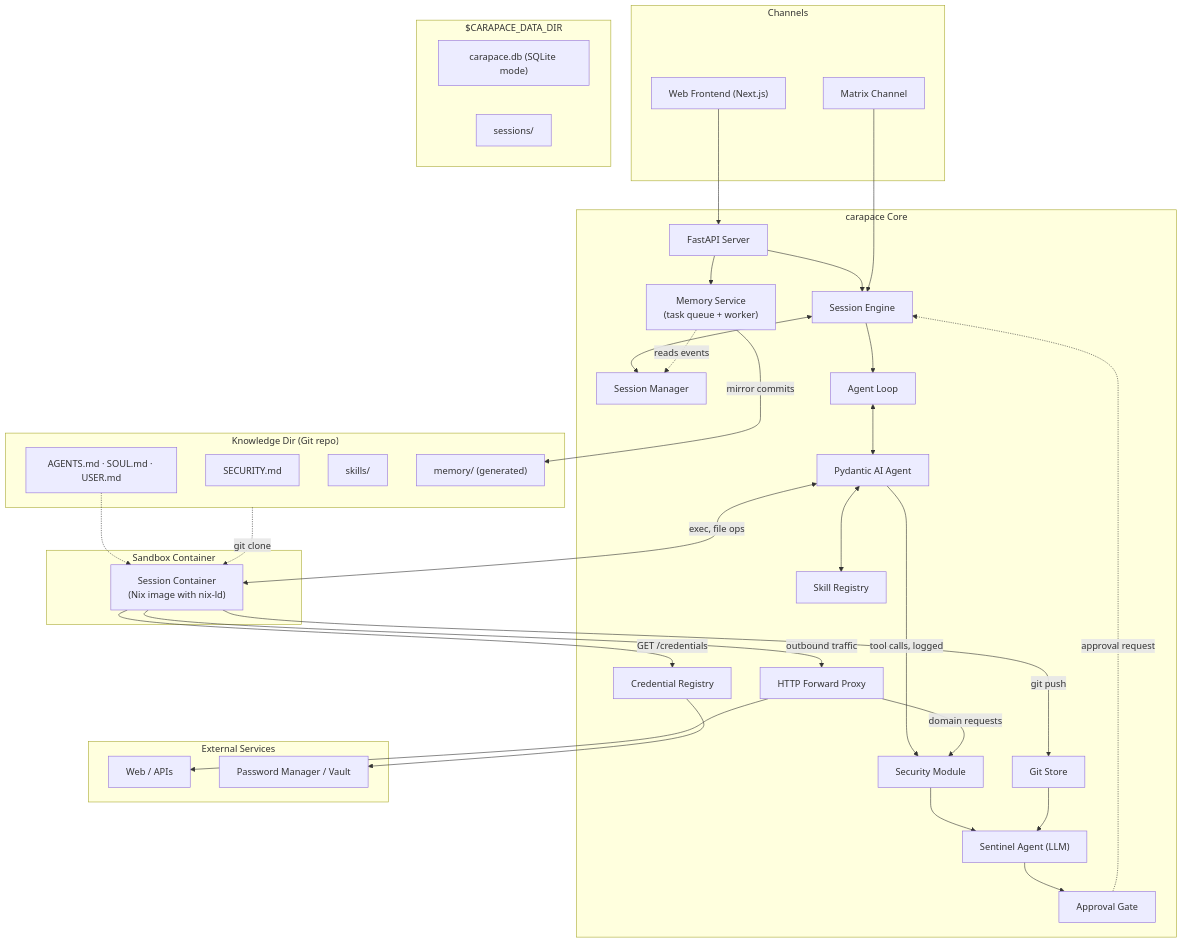
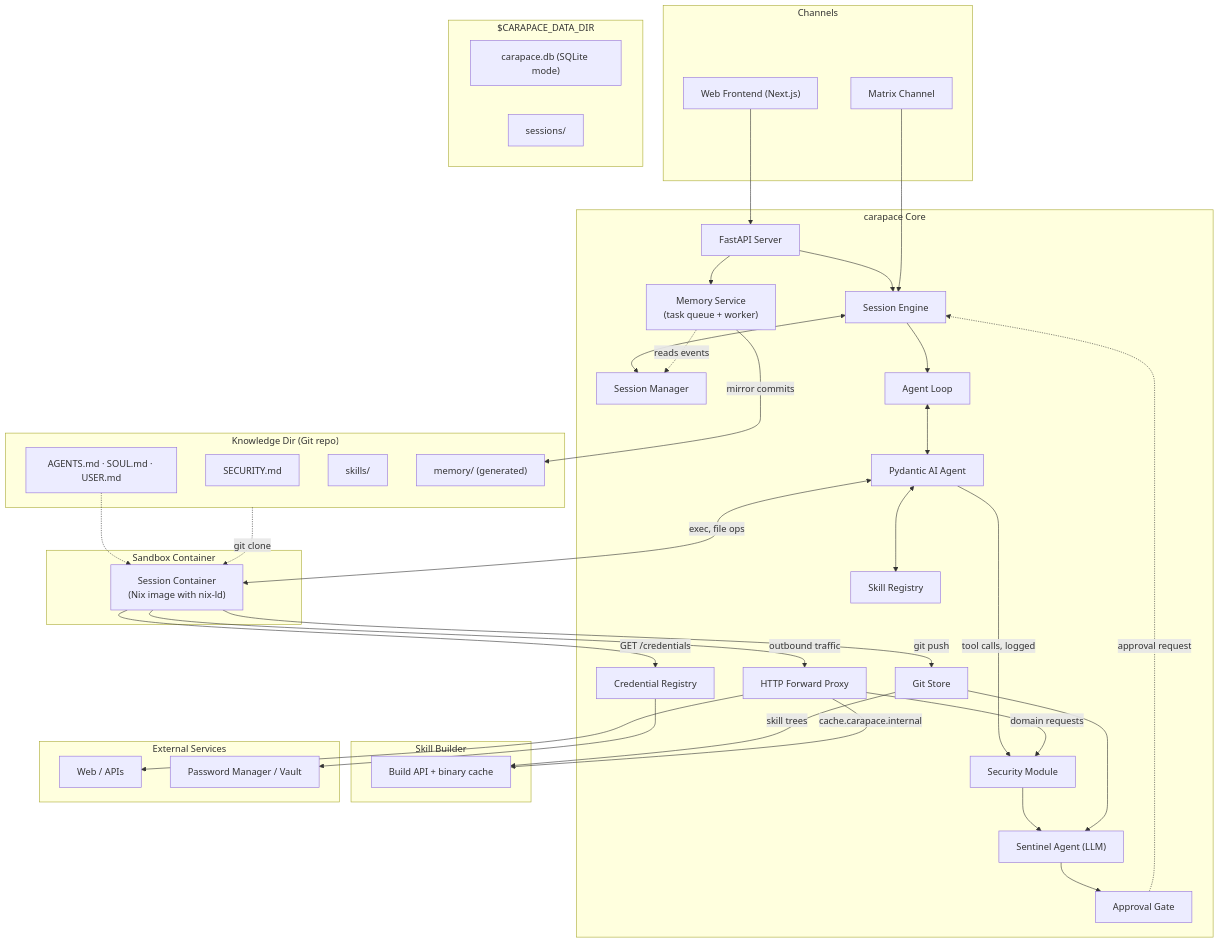
One commit to thiesgerken/carapace changed the first of 3 diagrams in docs/architecture.md. Above: the diagram before and after it, drawn with Mermaid. The commit also changed other lines of this file and 1 other file, not shown here.

Commit message:
📝 docs: per-exec domains in sandbox.md, builder and boundary review in architecture.md

````diff
--- a/docs/architecture.md
+++ b/docs/architecture.md
@@ -7,72 +7,78 @@
 ```mermaid
 flowchart TB
     subgraph channels [Channels]
         WebUI["Web Frontend (Next.js)"]
         MatrixCh[Matrix Channel]
     end
 
     subgraph carapace [carapace Core]
         Server[FastAPI Server]
         SessionEngine[Session Engine]
         SessionMgr[Session Manager]
         SecurityMod["Security Module"]
         Sentinel["Sentinel Agent (LLM)"]
         ApprovalGate[Approval Gate]
         AgentLoop[Agent Loop]
         Agent["Pydantic AI Agent"]
         SkillRegistry[Skill Registry]
         GitStore[Git Store]
         CredentialRegistry[Credential Registry]
         Proxy[HTTP Forward Proxy]
         MemorySvc["Memory Service<br/>(task queue + worker)"]
     end
 
     subgraph sandbox [Sandbox Container]
         Container["Session Container<br/>(Nix image with nix-ld)"]
+    end
+
+    subgraph builderbox [Skill Builder]
+        Builder["Build API + binary cache"]
     end
 
     subgraph external [External Services]
         Web[Web / APIs]
         Vault[Password Manager / Vault]
     end
 
     subgraph datadir ["$CARAPACE_DATA_DIR"]
         DBFile["carapace.db (SQLite mode)"]
         Sessions[sessions/]
     end
 
     subgraph knowledgedir ["Knowledge Dir (Git repo)"]
         SecurityPolicy[SECURITY.md]
         WorkspaceFiles["AGENTS.md · SOUL.md · USER.md"]
         Skills[skills/]
         MemoryMirror["memory/ (generated)"]
     end
 
     WebUI --> Server
     Server --> SessionEngine
     MatrixCh --> SessionEngine
     SessionEngine <--> SessionMgr
     SessionEngine --> AgentLoop
     AgentLoop <--> Agent
     Agent <--> SkillRegistry
     Agent -->|tool calls, logged| SecurityMod
     Proxy -->|domain requests| SecurityMod
     SecurityMod --> Sentinel
     Sentinel --> ApprovalGate
     ApprovalGate -.->|approval request| SessionEngine
 
     Agent <-->|exec, file ops| Container
     Container -->|outbound traffic| Proxy
     Proxy --> Web
     Container -->|git push| GitStore
     Container -->|GET /credentials| CredentialRegistry
     CredentialRegistry --> Vault
     GitStore --> Sentinel
+    GitStore -->|skill trees| Builder
+    Proxy -->|cache.carapace.internal| Builder
 
     Server --> MemorySvc
     MemorySvc -.->|reads events| SessionMgr
     MemorySvc -->|mirror commits| MemoryMirror
 
     knowledgedir -.->|git clone| Container
     WorkspaceFiles -.-> Container
 ```
````
